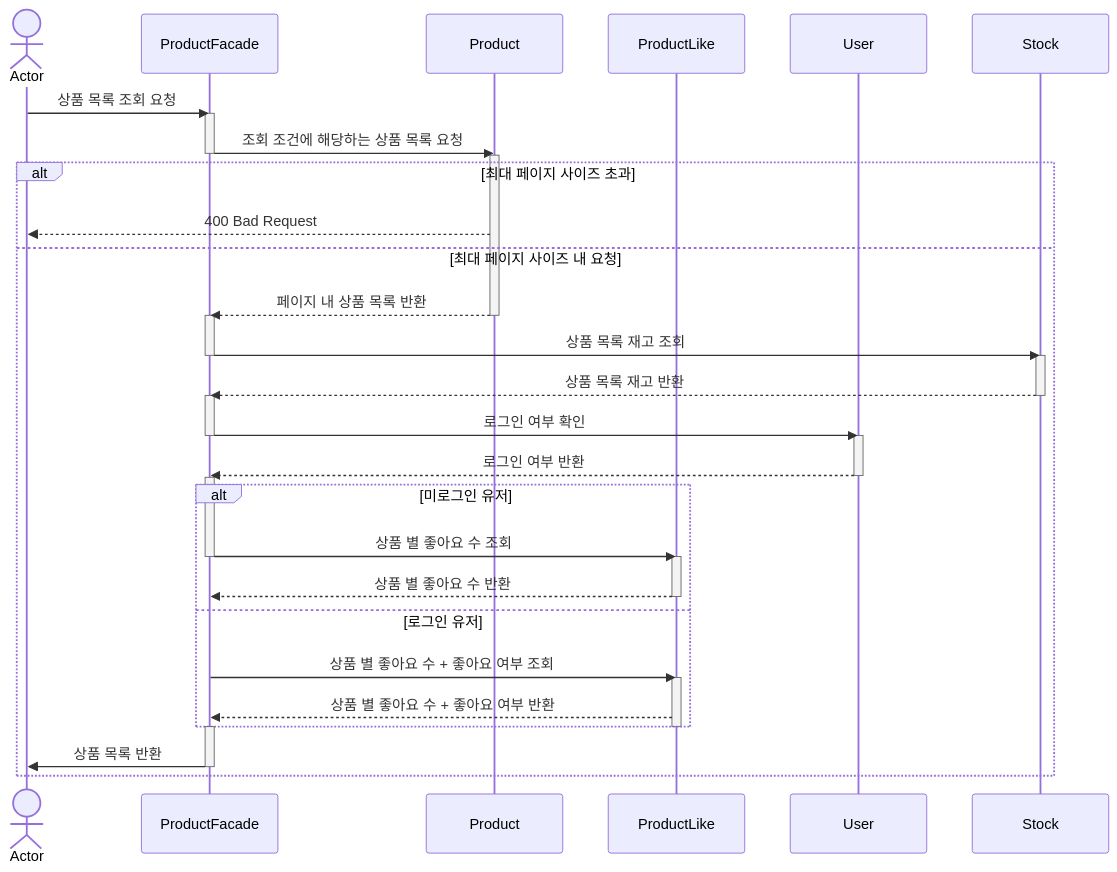
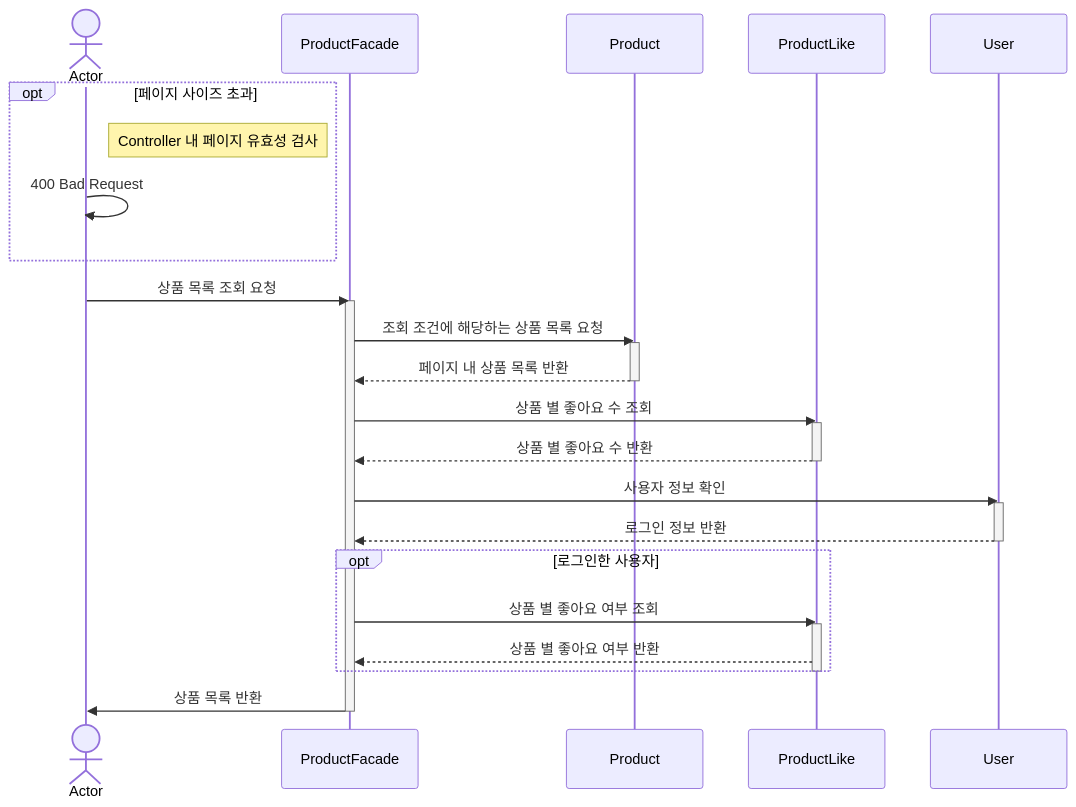
The first of 9 diagrams in docs/design/02-sequence-diagrams.md (hgh1472/loopers), drawn with Mermaid before and after one commit. The commit also changed other lines of this file and 3 other files, not shown here.

````diff
--- a/docs/design/02-sequence-diagrams.md
+++ b/docs/design/02-sequence-diagrams.md
@@ -3,49 +7,35 @@
 ```mermaid
 sequenceDiagram
   Actor A as Actor
   participant PF as ProductFacade
   participant P as Product
   participant L as ProductLike
   participant U as User
-  participant S as Stock
-  
+
+  opt 페이지 사이즈 초과
+  Note right of A: Controller 내 페이지 유효성 검사
+  A->>A: 400 Bad Request
+  end
   A->>PF: 상품 목록 조회 요청
   activate PF
   PF->>P: 조회 조건에 해당하는 상품 목록 요청
+  activate P
+  P-->>PF: 페이지 내 상품 목록 반환
+  deactivate P
+  PF->>L: 상품 별 좋아요 수 조회
+  activate L
+  L-->>PF: 상품 별 좋아요 수 반환
+  deactivate L
+  PF->>U: 사용자 정보 확인
+  activate U
+  U-->>PF: 로그인 정보 반환
+  deactivate U
+  opt 로그인한 사용자
+    PF->>L: 상품 별 좋아요 여부 조회
+    activate L
+    L-->>PF: 상품 별 좋아요 여부 반환
+  end
+  deactivate L
+  PF->>A: 상품 목록 반환
   deactivate PF
-  activate P
-  alt 최대 페이지 사이즈 초과
-    P-->>A: 400 Bad Request
-  else 최대 페이지 사이즈 내 요청
-    P-->>PF: 페이지 내 상품 목록 반환
-    deactivate P
-    activate PF
-    PF->>S: 상품 목록 재고 조회
-    deactivate PF
-    activate S
-    S-->>PF: 상품 목록 재고 반환
-    deactivate S
-    activate PF
-    PF->>U: 로그인 여부 확인
-    deactivate PF
-    activate U
-    U-->>PF: 로그인 여부 반환
-    deactivate U
-    activate PF
-    alt 미로그인 유저
-      PF->>L: 상품 별 좋아요 수 조회
-      deactivate PF
-      activate L
-      L-->>PF: 상품 별 좋아요 수 반환
-      deactivate L
-    else 로그인 유저
-      PF->>L: 상품 별 좋아요 수 + 좋아요 여부 조회
-      activate L
-      L-->>PF: 상품 별 좋아요 수 + 좋아요 여부 반환
-    end
-      deactivate L
-      activate PF
-      PF->>A: 상품 목록 반환
-      deactivate PF
-  end
 ```
````
